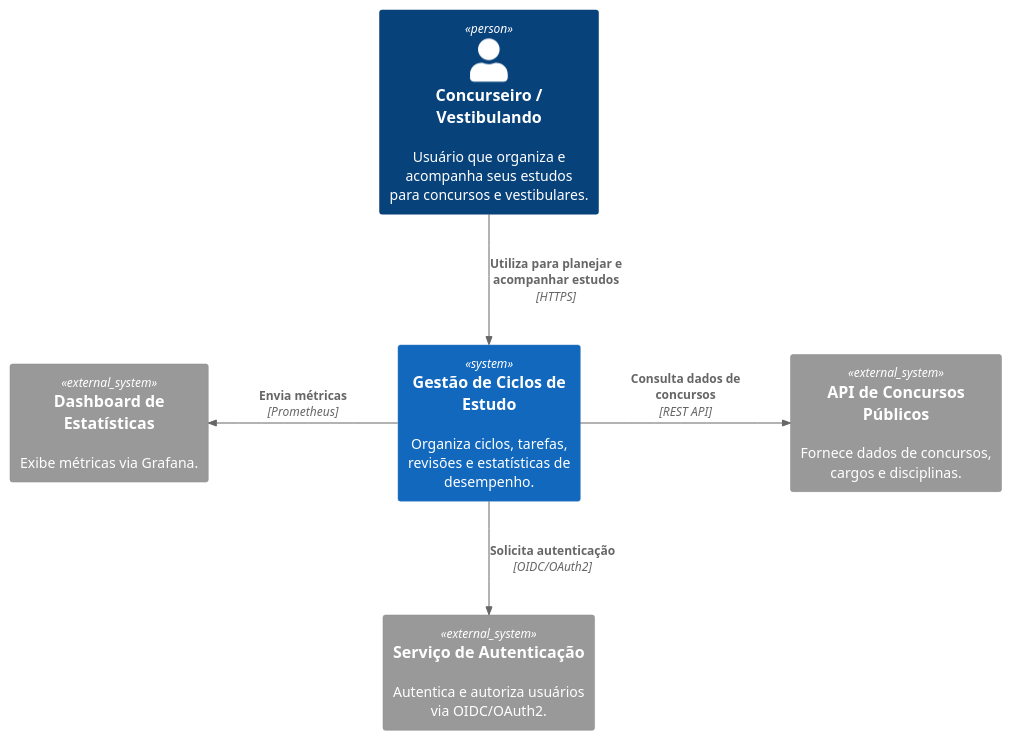
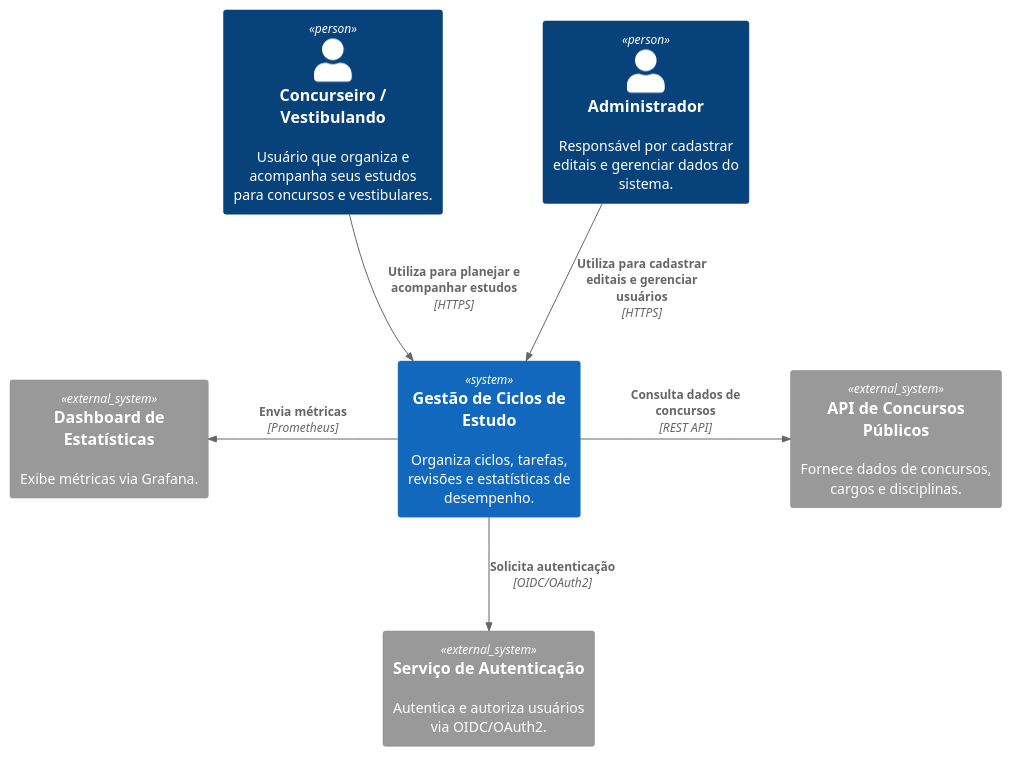
The diagram in atividade_2/diagrama_contexto.puml (MarcosVSO/projeto_design_de_software), drawn with PlantUML before and after one commit.

Commit message:
Adiciona adm ao diagrama de contexto

```diff
--- a/atividade_2/diagrama_contexto.puml
+++ b/atividade_2/diagrama_contexto.puml
@@ -1,30 +1,34 @@
 @startuml
 !include https://raw.githubusercontent.com/plantuml-stdlib/C4-PlantUML/master/C4_Context.puml
 
 ' Configurações para melhorar legibilidade
 LAYOUT_TOP_DOWN()
 
 ' Aumentar espaçamento entre elementos
 skinparam ranksep 80
 skinparam nodesep 100
 
 Person(user, "Concurseiro / Vestibulando", "Usuário que organiza e acompanha seus estudos para concursos e vestibulares.")
 
+Person(adm, "Administrador", "Responsável por cadastrar editais e gerenciar dados do sistema.")
+
 System(system, "Gestão de Ciclos de Estudo", "Organiza ciclos, tarefas, revisões e estatísticas de desempenho.")
 
 System_Ext(auth, "Serviço de Autenticação", "Autentica e autoriza usuários via OIDC/OAuth2.")
 
 System_Ext(apiConcursos, "API de Concursos Públicos", "Fornece dados de concursos, cargos e disciplinas.")
 
 System_Ext(grafana, "Dashboard de Estatísticas", "Exibe métricas via Grafana.")
 
 ' Relacionamentos com direções específicas
 Rel_Down(user, system, "Utiliza para planejar e acompanhar estudos", "HTTPS")
 
+Rel_Down(adm, system, "Utiliza para cadastrar editais e gerenciar usuários", "HTTPS")
+
 Rel_Down(system, auth, "Solicita autenticação", "OIDC/OAuth2")
 
 Rel_Right(system, apiConcursos, "Consulta dados de concursos", "REST API")
 
 Rel_Left(system, grafana, "Envia métricas", "Prometheus")
 
 @enduml
```
